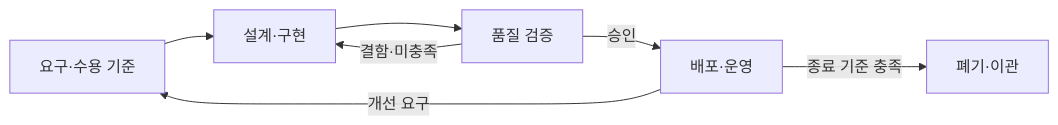
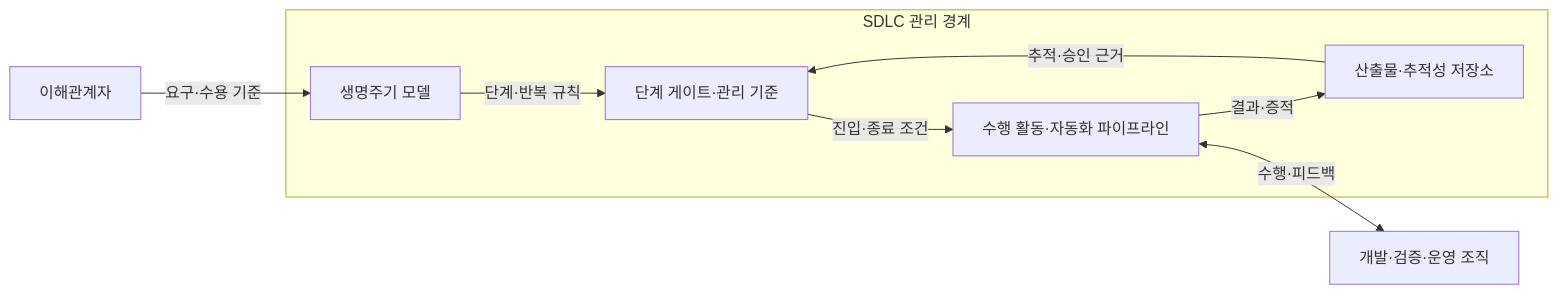
Before and after one commit to agnusdei1207/knowledge-base: the first of 2 diagrams in src/content/docs/notes/03-software/030_software_development_lifecycle.md, drawn with Mermaid. The commit also changed other lines of this file and 20 other files, not shown here.

````diff
--- a/src/content/docs/notes/03-software/030_software_development_lifecycle.md
+++ b/src/content/docs/notes/03-software/030_software_development_lifecycle.md
@@ -73,9 +63,17 @@
 ```mermaid
 flowchart LR
-    R[요구·수용 기준] --> D[설계·구현]
-    D --> V[품질 검증]
-    V -->|승인| O[배포·운영]
-    V -->|결함·미충족| D
-    O -->|개선 요구| R
-    O -->|종료 기준 충족| E[폐기·이관]
+    S[이해관계자]
+    T[개발·검증·운영 조직]
+    subgraph L[SDLC 관리 경계]
+        M[생명주기 모델]
+        G[단계 게이트·관리 기준]
+        A[수행 활동·자동화 파이프라인]
+        R[산출물·추적성 저장소]
+        M -->|단계·반복 규칙| G
+        G -->|진입·종료 조건| A
+        A -->|결과·증적| R
+        R -->|추적·승인 근거| G
+    end
+    S -->|요구·수용 기준| M
+    A <-->|수행·피드백| T
 ```
````
